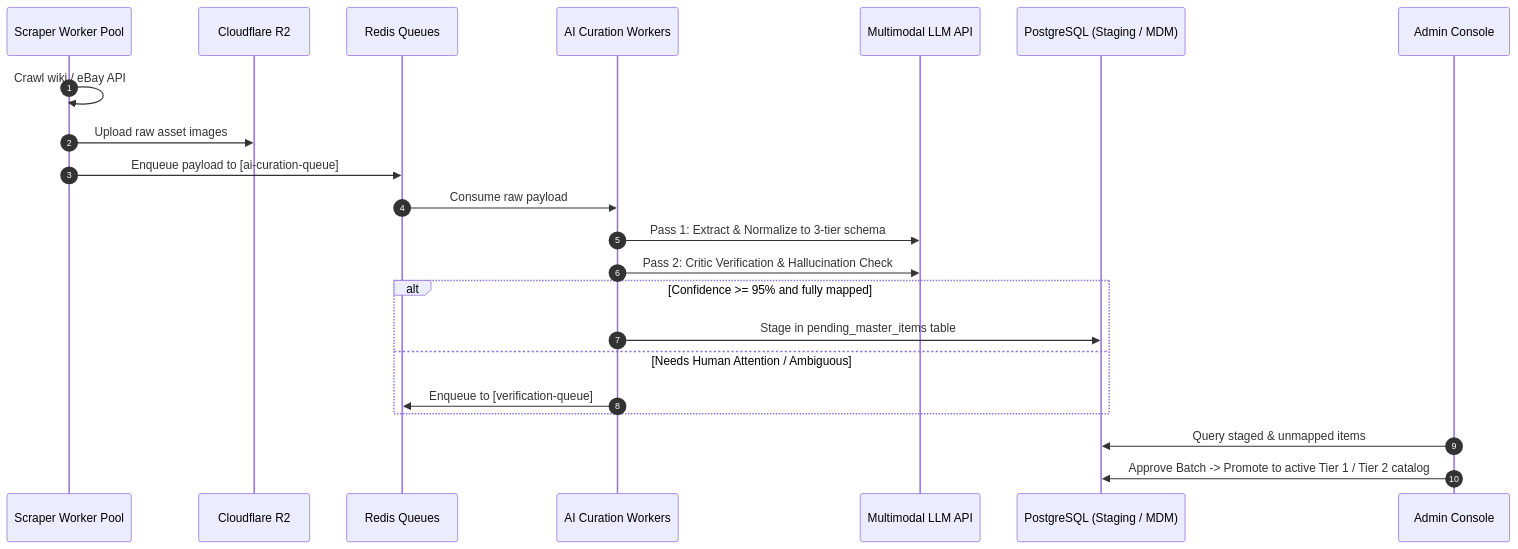
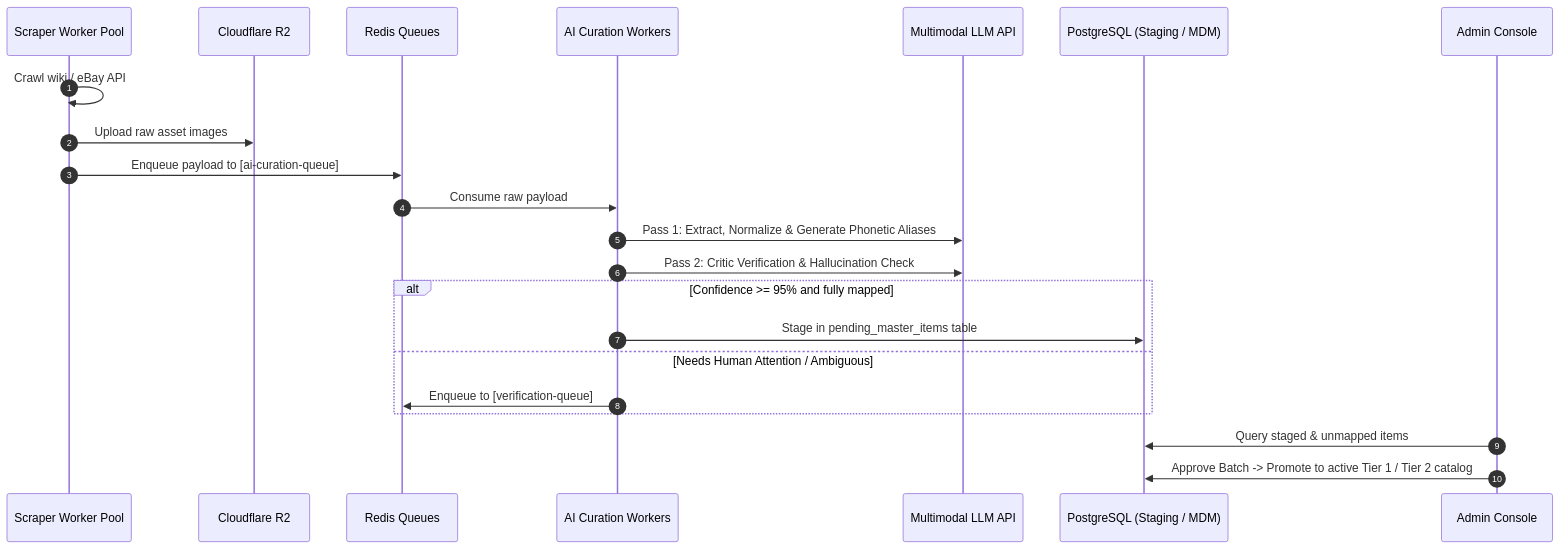
The second of 4 diagrams in _bmad-output/planning-artifacts/architecture/architecture-kolekcionar-2026-11-11/ARCHITECTURE-SPINE.md (nnikolic72/kolekcionar), drawn with Mermaid before and after one commit. The commit also changed other lines of this file, not shown here.

Commit message:
docs: update architecture spine with R2 edge resizing, FX ingestion, and NBS IPS reconciliation details

````diff
--- a/_bmad-output/planning-artifacts/architecture/architecture-kolekcionar-2026-11-11/ARCHITECTURE-SPINE.md
+++ b/_bmad-output/planning-artifacts/architecture/architecture-kolekcionar-2026-11-11/ARCHITECTURE-SPINE.md
@@ -113,25 +115,25 @@
 ```mermaid
 sequenceDiagram
     autonumber
     participant Scraper as Scraper Worker Pool
     participant R2 as Cloudflare R2
     participant RedisQ as Redis Queues
     participant AIWorker as AI Curation Workers
     participant LLM as Multimodal LLM API
     participant DB as PostgreSQL (Staging / MDM)
     participant Admin as Admin Console
 
     Scraper->>Scraper: Crawl wiki / eBay API
     Scraper->>R2: Upload raw asset images
     Scraper->>RedisQ: Enqueue payload to [ai-curation-queue]
     RedisQ->>AIWorker: Consume raw payload
-    AIWorker->>LLM: Pass 1: Extract & Normalize to 3-tier schema
+    AIWorker->>LLM: Pass 1: Extract, Normalize & Generate Phonetic Aliases
     AIWorker->>LLM: Pass 2: Critic Verification & Hallucination Check
     alt Confidence >= 95% and fully mapped
         AIWorker->>DB: Stage in pending_master_items table
     else Needs Human Attention / Ambiguous
         AIWorker->>RedisQ: Enqueue to [verification-queue]
     end
     Admin->>DB: Query staged & unmapped items
     Admin->>DB: Approve Batch -> Promote to active Tier 1 / Tier 2 catalog
 ```
````
